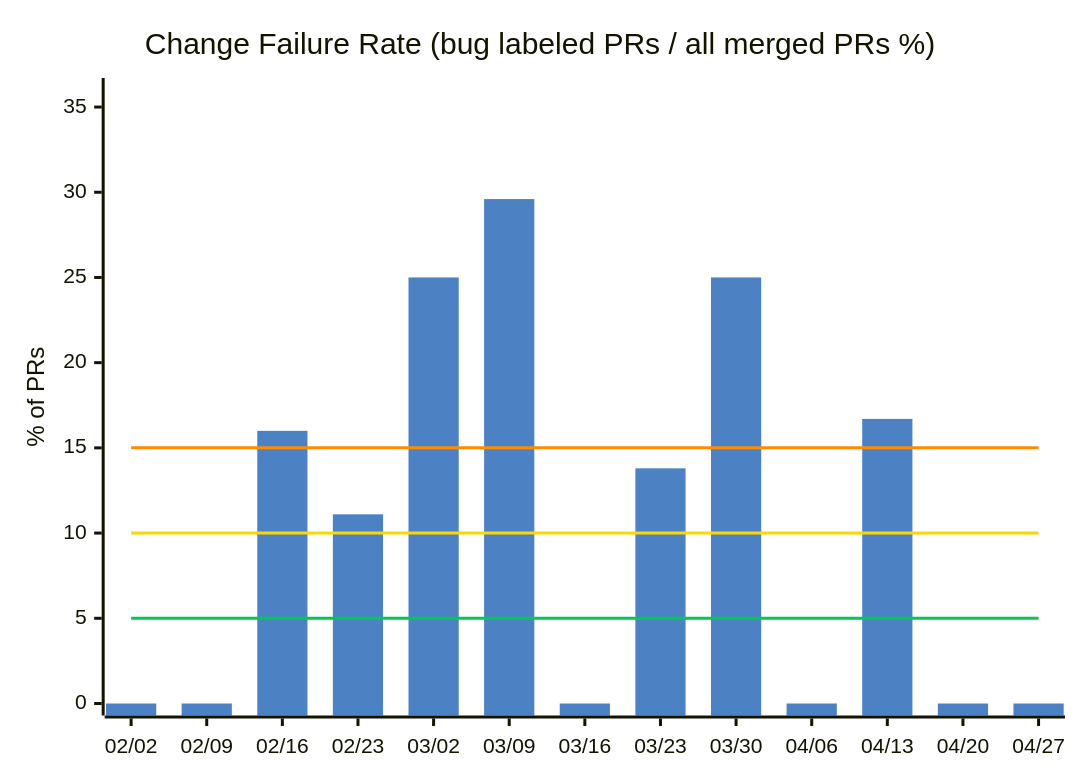
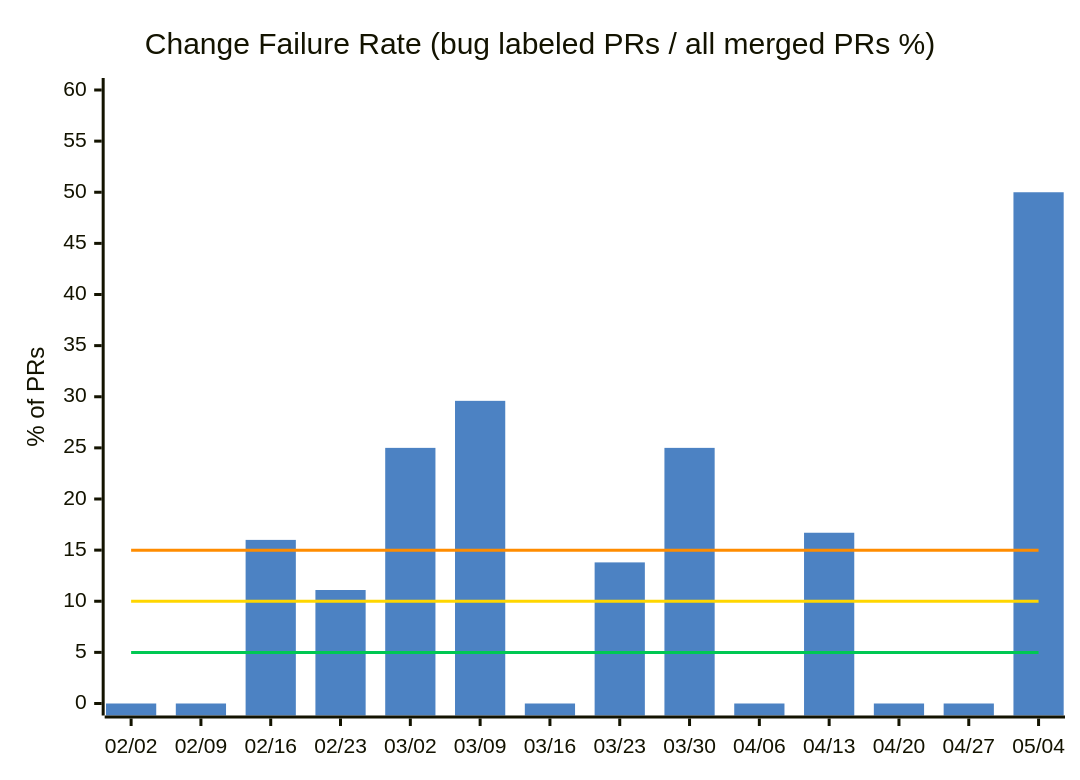
One commit to nablarch/nabledge-dev changed the third of 14 diagrams in docs/metrics.md. Above: the diagram before and after it, drawn with Mermaid. The commit also changed other lines of this file and 2 other files, not shown here.

````diff
--- a/docs/metrics.md
+++ b/docs/metrics.md
@@ -61,11 +61,11 @@
 ```mermaid
 %%{init: {'theme': 'base', 'themeVariables': {'xyChart': {'plotColorPalette': '#4C82C3,#00C853,#FFD600,#FF8C00'}}}}%%
 xychart-beta
   title "Change Failure Rate (bug labeled PRs / all merged PRs %)"
-  x-axis ["02/02", "02/09", "02/16", "02/23", "03/02", "03/09", "03/16", "03/23", "03/30", "04/06", "04/13", "04/20", "04/27"]
-  y-axis "% of PRs" 0 --> 36
-  bar [0, 0, 16, 11.1, 25, 29.6, 0, 13.8, 25, 0, 16.7, 0, 0]
-  line [5, 5, 5, 5, 5, 5, 5, 5, 5, 5, 5, 5, 5]
-  line [10, 10, 10, 10, 10, 10, 10, 10, 10, 10, 10, 10, 10]
-  line [15, 15, 15, 15, 15, 15, 15, 15, 15, 15, 15, 15, 15]
+  x-axis ["02/02", "02/09", "02/16", "02/23", "03/02", "03/09", "03/16", "03/23", "03/30", "04/06", "04/13", "04/20", "04/27", "05/04"]
+  y-axis "% of PRs" 0 --> 60
+  bar [0, 0, 16, 11.1, 25, 29.6, 0, 13.8, 25, 0, 16.7, 0, 0, 50]
+  line [5, 5, 5, 5, 5, 5, 5, 5, 5, 5, 5, 5, 5, 5]
+  line [10, 10, 10, 10, 10, 10, 10, 10, 10, 10, 10, 10, 10, 10]
+  line [15, 15, 15, 15, 15, 15, 15, 15, 15, 15, 15, 15, 15, 15]
 ```
````
